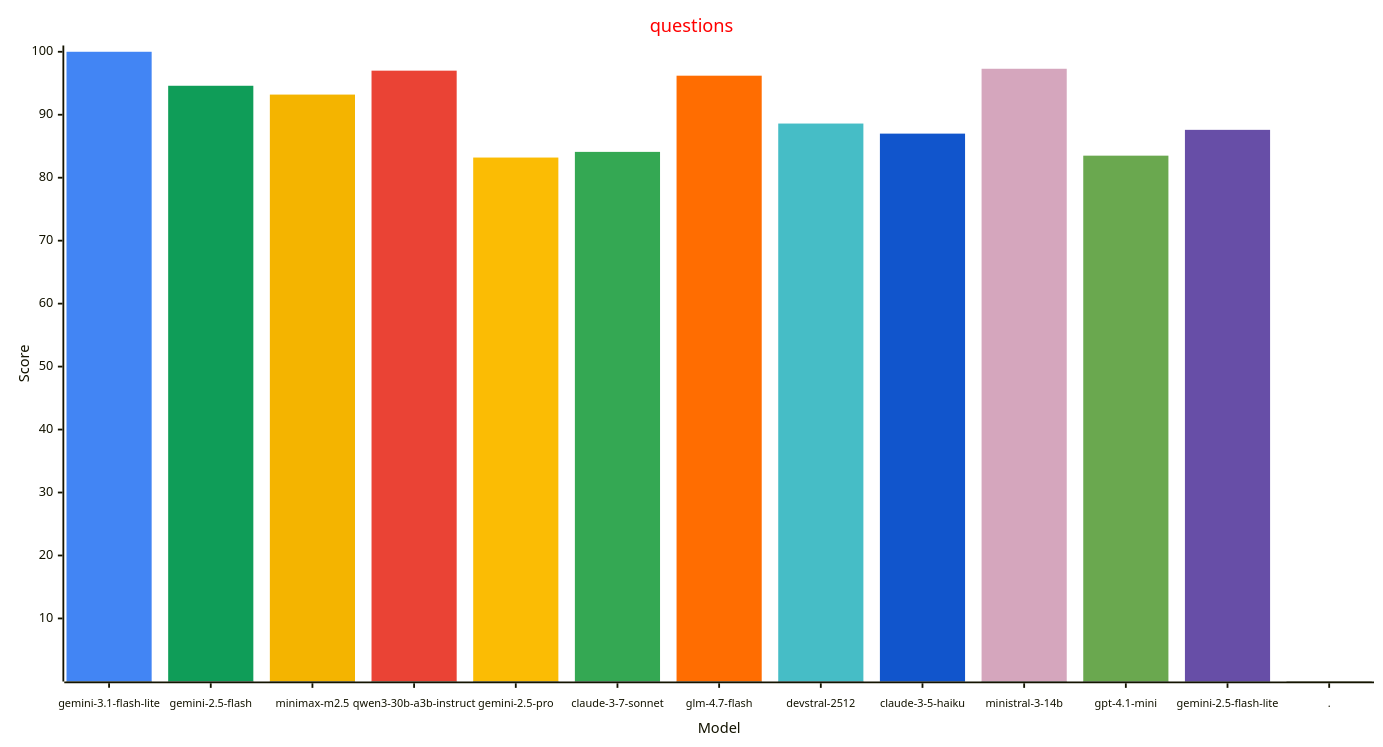
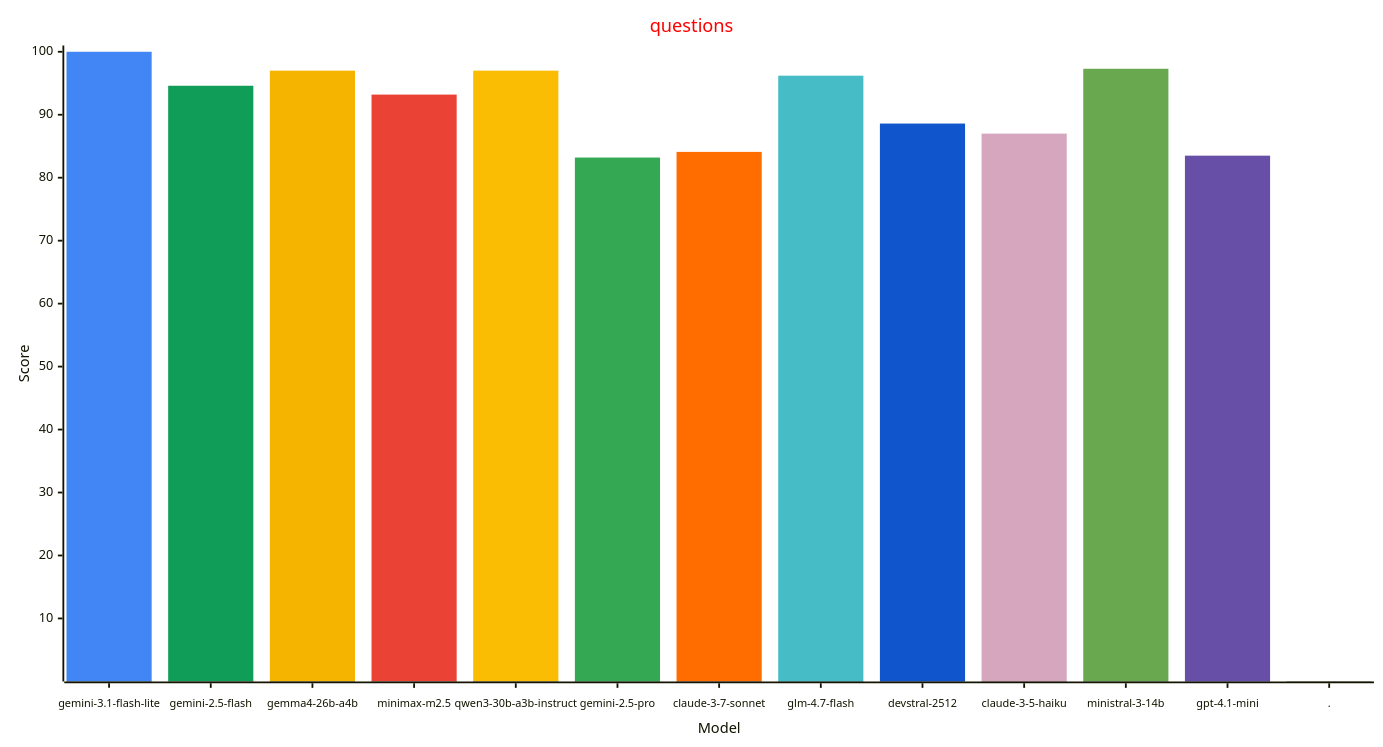
One commit to allenporter/home-assistant-datasets changed the third of 4 diagrams in reports/README.md. Above: the diagram before and after it, drawn with Mermaid. The commit also changed other lines of this file, not shown here.

````diff
--- a/reports/README.md
+++ b/reports/README.md
@@ -167,33 +168,33 @@
 ```mermaid
 ---
 config:
     xyChart:
         width: 1500
         height: 800
         xAxis:
           labelFontSize: 12
           labelPadding: 8
     themeVariables:
         xyChart:
             titleColor: "#ff0000"
             plotColorPalette: "#4285f4, #0f9d58, #f4b400, #ea4335, #fbbc04, #34a853, #ff6d01, #46bdc6, #1155cc, #d5a6bd, #6aa84f, #674ea7, #4285f4"
 
 ---
 xychart-beta
   title "questions"
-  x-axis "Model" [gemini-3.1-flash-lite, gemini-2.5-flash, minimax-m2.5, qwen3-30b-a3b-instruct, gemini-2.5-pro, claude-3-7-sonnet, glm-4.7-flash, devstral-2512, claude-3-5-haiku, ministral-3-14b, gpt-4.1-mini, gemini-2.5-flash-lite, .]
+  x-axis "Model" [gemini-3.1-flash-lite, gemini-2.5-flash, gemma4-26b-a4b, minimax-m2.5, qwen3-30b-a3b-instruct, gemini-2.5-pro, claude-3-7-sonnet, glm-4.7-flash, devstral-2512, claude-3-5-haiku, ministral-3-14b, gpt-4.1-mini, .]
   y-axis "Score" 1 --> 100
   bar [100.0, 0.0, 0.0, 0.0, 0.0, 0.0, 0.0, 0.0, 0.0, 0.0, 0.0, 0.0, 0.0]
   bar [0.0, 94.6, 0.0, 0.0, 0.0, 0.0, 0.0, 0.0, 0.0, 0.0, 0.0, 0.0, 0.0]
-  bar [0.0, 0.0, 93.2, 0.0, 0.0, 0.0, 0.0, 0.0, 0.0, 0.0, 0.0, 0.0, 0.0]
-  bar [0.0, 0.0, 0.0, 97.0, 0.0, 0.0, 0.0, 0.0, 0.0, 0.0, 0.0, 0.0, 0.0]
-  bar [0.0, 0.0, 0.0, 0.0, 83.2, 0.0, 0.0, 0.0, 0.0, 0.0, 0.0, 0.0, 0.0]
-  bar [0.0, 0.0, 0.0, 0.0, 0.0, 84.1, 0.0, 0.0, 0.0, 0.0, 0.0, 0.0, 0.0]
-  bar [0.0, 0.0, 0.0, 0.0, 0.0, 0.0, 96.2, 0.0, 0.0, 0.0, 0.0, 0.0, 0.0]
-  bar [0.0, 0.0, 0.0, 0.0, 0.0, 0.0, 0.0, 88.6, 0.0, 0.0, 0.0, 0.0, 0.0]
-  bar [0.0, 0.0, 0.0, 0.0, 0.0, 0.0, 0.0, 0.0, 87.0, 0.0, 0.0, 0.0, 0.0]
-  bar [0.0, 0.0, 0.0, 0.0, 0.0, 0.0, 0.0, 0.0, 0.0, 97.3, 0.0, 0.0, 0.0]
-  bar [0.0, 0.0, 0.0, 0.0, 0.0, 0.0, 0.0, 0.0, 0.0, 0.0, 83.5, 0.0, 0.0]
-  bar [0.0, 0.0, 0.0, 0.0, 0.0, 0.0, 0.0, 0.0, 0.0, 0.0, 0.0, 87.6, 0.0]
+  bar [0.0, 0.0, 97.0, 0.0, 0.0, 0.0, 0.0, 0.0, 0.0, 0.0, 0.0, 0.0, 0.0]
+  bar [0.0, 0.0, 0.0, 93.2, 0.0, 0.0, 0.0, 0.0, 0.0, 0.0, 0.0, 0.0, 0.0]
+  bar [0.0, 0.0, 0.0, 0.0, 97.0, 0.0, 0.0, 0.0, 0.0, 0.0, 0.0, 0.0, 0.0]
+  bar [0.0, 0.0, 0.0, 0.0, 0.0, 83.2, 0.0, 0.0, 0.0, 0.0, 0.0, 0.0, 0.0]
+  bar [0.0, 0.0, 0.0, 0.0, 0.0, 0.0, 84.1, 0.0, 0.0, 0.0, 0.0, 0.0, 0.0]
+  bar [0.0, 0.0, 0.0, 0.0, 0.0, 0.0, 0.0, 96.2, 0.0, 0.0, 0.0, 0.0, 0.0]
+  bar [0.0, 0.0, 0.0, 0.0, 0.0, 0.0, 0.0, 0.0, 88.6, 0.0, 0.0, 0.0, 0.0]
+  bar [0.0, 0.0, 0.0, 0.0, 0.0, 0.0, 0.0, 0.0, 0.0, 87.0, 0.0, 0.0, 0.0]
+  bar [0.0, 0.0, 0.0, 0.0, 0.0, 0.0, 0.0, 0.0, 0.0, 0.0, 97.3, 0.0, 0.0]
+  bar [0.0, 0.0, 0.0, 0.0, 0.0, 0.0, 0.0, 0.0, 0.0, 0.0, 0.0, 83.5, 0.0]
   bar [0.0, 0.0, 0.0, 0.0, 0.0, 0.0, 0.0, 0.0, 0.0, 0.0, 0.0, 0.0, -1.0]
 ```
````
